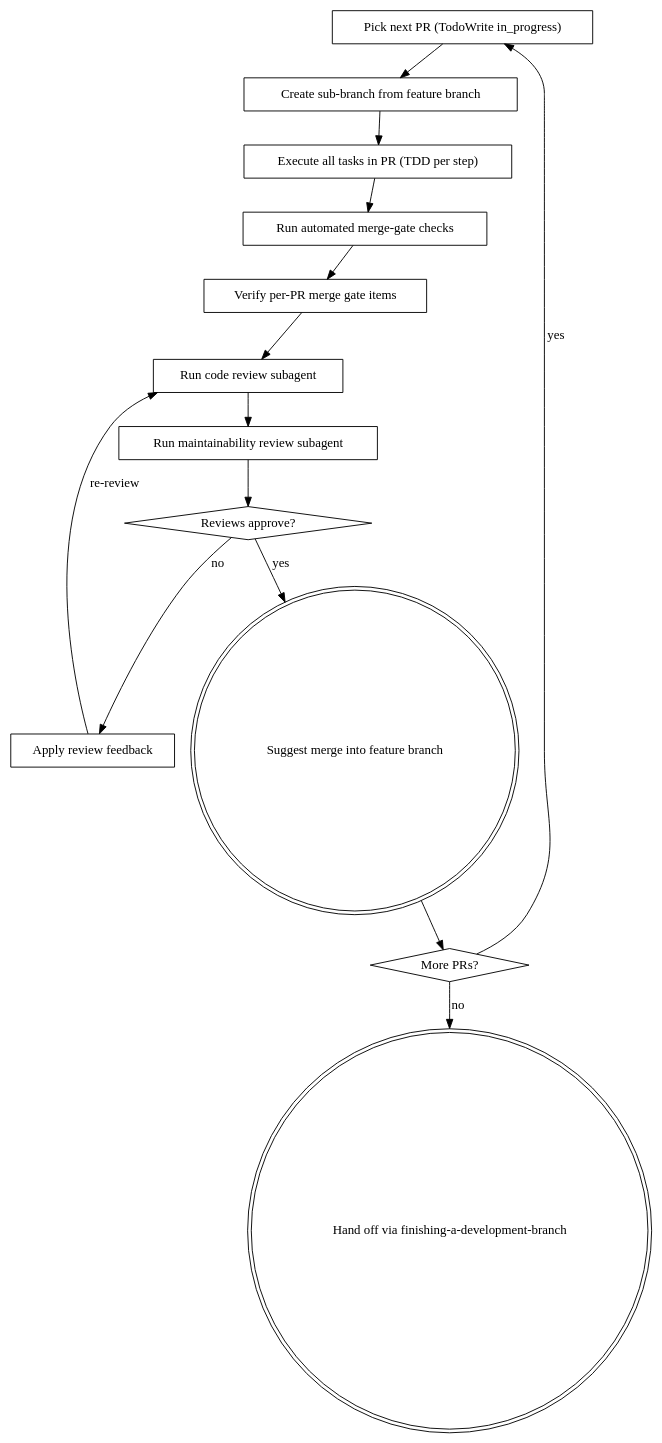
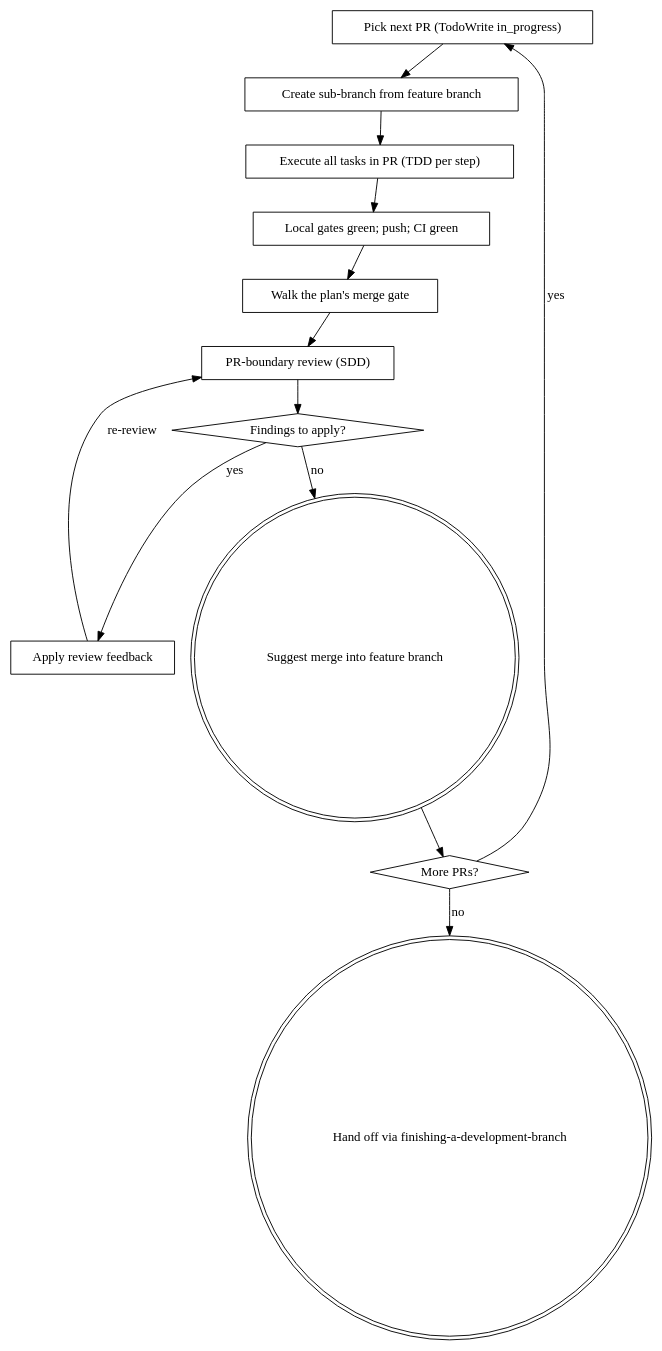
Before and after one commit to Fintama/swisper-superpowers: the diagram in skills/executing-plans/SKILL.md, drawn with Graphviz. The commit also changed other lines of this file and 89 other files, not shown here.

````diff
--- a/skills/executing-plans/SKILL.md
+++ b/skills/executing-plans/SKILL.md
@@ -37,30 +32,28 @@
 ```dot
 digraph pr_loop {
     "Pick next PR (TodoWrite in_progress)" [shape=box];
     "Create sub-branch from feature branch" [shape=box];
     "Execute all tasks in PR (TDD per step)" [shape=box];
-    "Run automated merge-gate checks" [shape=box];
-    "Verify per-PR merge gate items" [shape=box];
-    "Run code review subagent" [shape=box];
-    "Run maintainability review subagent" [shape=box];
-    "Reviews approve?" [shape=diamond];
+    "Local gates green; push; CI green" [shape=box];
+    "Walk the plan's merge gate" [shape=box];
+    "PR-boundary review (SDD)" [shape=box];
+    "Findings to apply?" [shape=diamond];
     "Apply review feedback" [shape=box];
     "Suggest merge into feature branch" [shape=doublecircle];
     "More PRs?" [shape=diamond];
     "Hand off via finishing-a-development-branch" [shape=doublecircle];
 
     "Pick next PR (TodoWrite in_progress)" -> "Create sub-branch from feature branch";
     "Create sub-branch from feature branch" -> "Execute all tasks in PR (TDD per step)";
-    "Execute all tasks in PR (TDD per step)" -> "Run automated merge-gate checks";
-    "Run automated merge-gate checks" -> "Verify per-PR merge gate items";
-    "Verify per-PR merge gate items" -> "Run code review subagent";
-    "Run code review subagent" -> "Run maintainability review subagent";
-    "Run maintainability review subagent" -> "Reviews approve?";
-    "Reviews approve?" -> "Apply review feedback" [label="no"];
-    "Apply review feedback" -> "Run code review subagent" [label="re-review"];
-    "Reviews approve?" -> "Suggest merge into feature branch" [label="yes"];
+    "Execute all tasks in PR (TDD per step)" -> "Local gates green; push; CI green";
+    "Local gates green; push; CI green" -> "Walk the plan's merge gate";
+    "Walk the plan's merge gate" -> "PR-boundary review (SDD)";
+    "PR-boundary review (SDD)" -> "Findings to apply?";
+    "Findings to apply?" -> "Apply review feedback" [label="yes"];
+    "Apply review feedback" -> "PR-boundary review (SDD)" [label="re-review"];
+    "Findings to apply?" -> "Suggest merge into feature branch" [label="no"];
     "Suggest merge into feature branch" -> "More PRs?";
     "More PRs?" -> "Pick next PR (TodoWrite in_progress)" [label="yes"];
     "More PRs?" -> "Hand off via finishing-a-development-branch" [label="no"];
 }
 ```
````
